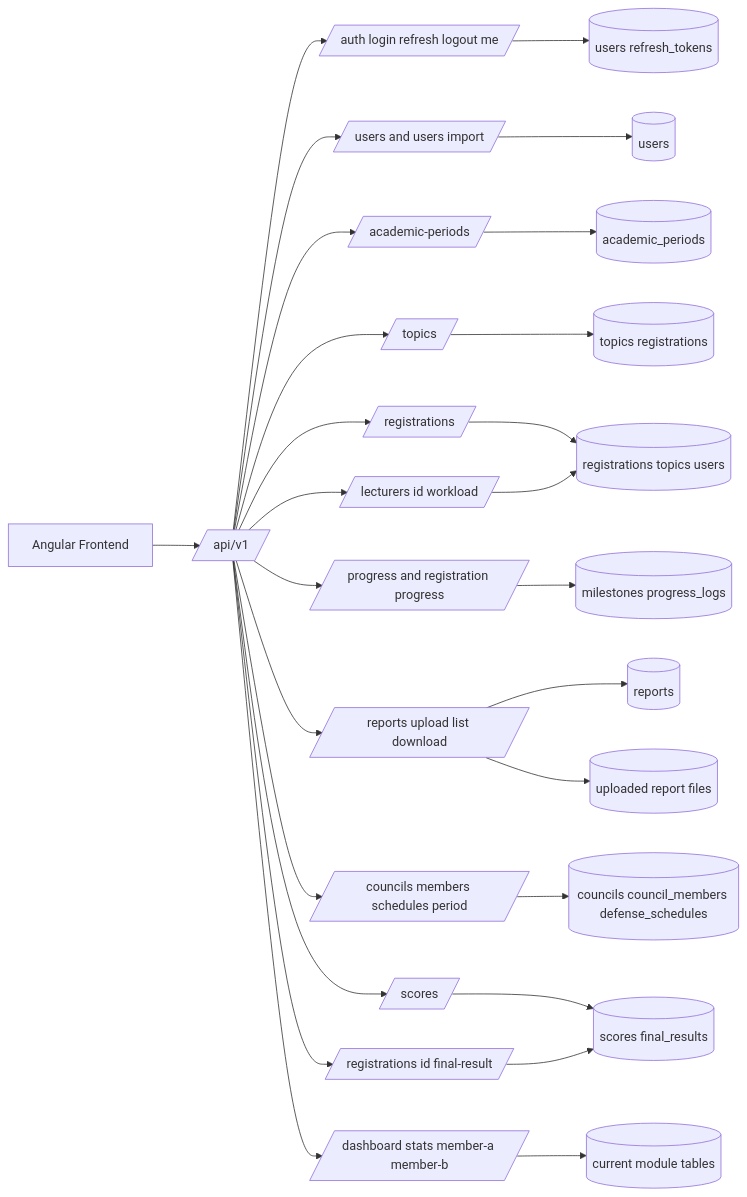
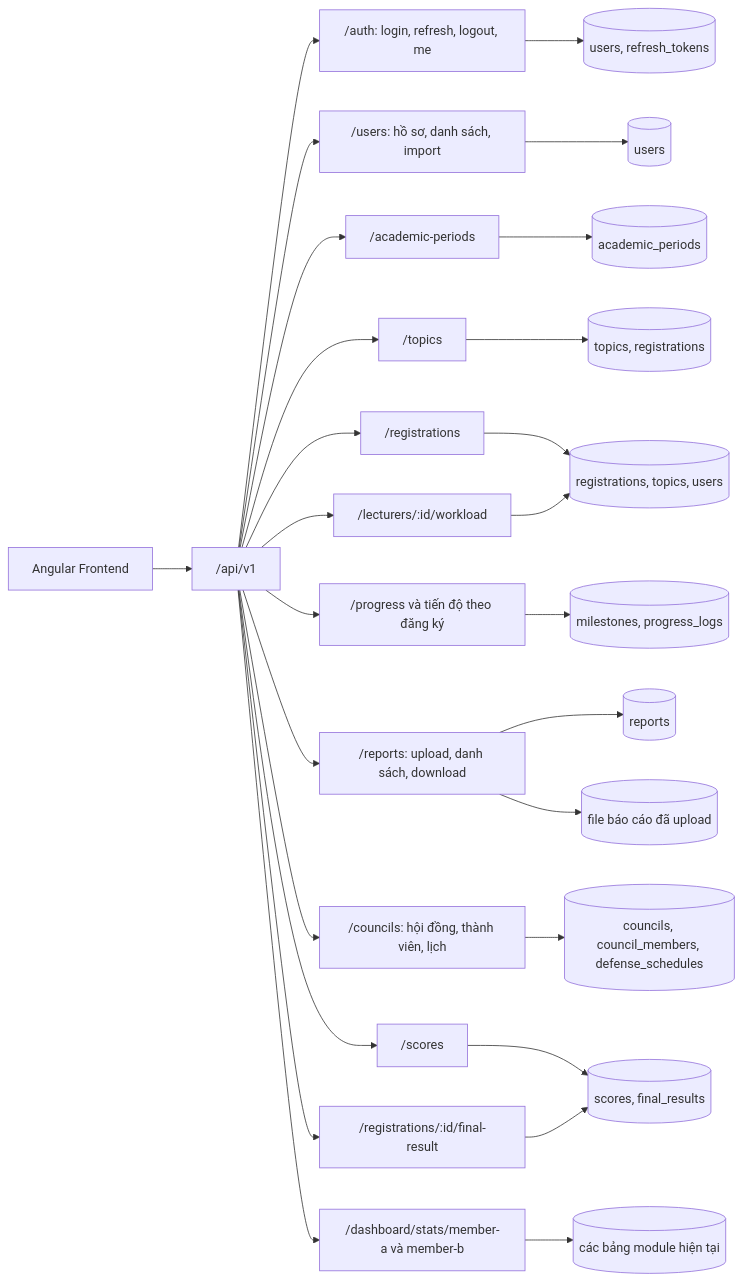
Before and after one commit to VanTruong475/research-thesis-portal: the third of 10 diagrams in docs/diagrams_research_thesis_portal.md, drawn with Mermaid. The commit also changed other lines of this file, not shown here.

Commit message:
docs(diagrams): localize current project Mermaid diagrams

````diff
--- a/docs/diagrams_research_thesis_portal.md
+++ b/docs/diagrams_research_thesis_portal.md
@@ -127,31 +127,31 @@
 ```mermaid
 flowchart LR
-    Client[Angular Frontend] --> API[/api/v1/]
+    Client["Angular Frontend"] --> API["/api/v1"]
 
-    API --> Auth[/auth login refresh logout me/]
-    API --> Users[/users and users import/]
-    API --> Periods[/academic-periods/]
-    API --> Topics[/topics/]
-    API --> Registrations[/registrations/]
-    API --> Lecturers[/lecturers id workload/]
-    API --> Progress[/progress and registration progress/]
-    API --> Reports[/reports upload list download/]
-    API --> Councils[/councils members schedules period/]
-    API --> Scores[/scores/]
-    API --> Results[/registrations id final-result/]
-    API --> Dashboard[/dashboard stats member-a member-b/]
+    API --> Auth["/auth: login, refresh, logout, me"]
+    API --> Users["/users: hồ sơ, danh sách, import"]
+    API --> Periods["/academic-periods"]
+    API --> Topics["/topics"]
+    API --> Registrations["/registrations"]
+    API --> Lecturers["/lecturers/:id/workload"]
+    API --> Progress["/progress và tiến độ theo đăng ký"]
+    API --> Reports["/reports: upload, danh sách, download"]
+    API --> Councils["/councils: hội đồng, thành viên, lịch"]
+    API --> Scores["/scores"]
+    API --> Results["/registrations/:id/final-result"]
+    API --> Dashboard["/dashboard/stats/member-a và member-b"]
 
-    Auth --> AuthDB[(users refresh_tokens)]
-    Users --> UsersDB[(users)]
-    Periods --> PeriodsDB[(academic_periods)]
-    Topics --> TopicsDB[(topics registrations)]
-    Registrations --> RegistrationsDB[(registrations topics users)]
+    Auth --> AuthDB[("users, refresh_tokens")]
+    Users --> UsersDB[("users")]
+    Periods --> PeriodsDB[("academic_periods")]
+    Topics --> TopicsDB[("topics, registrations")]
+    Registrations --> RegistrationsDB[("registrations, topics, users")]
     Lecturers --> RegistrationsDB
-    Progress --> ProgressDB[(milestones progress_logs)]
-    Reports --> ReportsDB[(reports)]
-    Reports --> Files[(uploaded report files)]
-    Councils --> CouncilsDB[(councils council_members defense_schedules)]
-    Scores --> EvalDB[(scores final_results)]
+    Progress --> ProgressDB[("milestones, progress_logs")]
+    Reports --> ReportsDB[("reports")]
+    Reports --> Files[("file báo cáo đã upload")]
+    Councils --> CouncilsDB[("councils, council_members, defense_schedules")]
+    Scores --> EvalDB[("scores, final_results")]
     Results --> EvalDB
-    Dashboard --> DashboardDB[(current module tables)]
+    Dashboard --> DashboardDB[("các bảng module hiện tại")]
 ```
````
